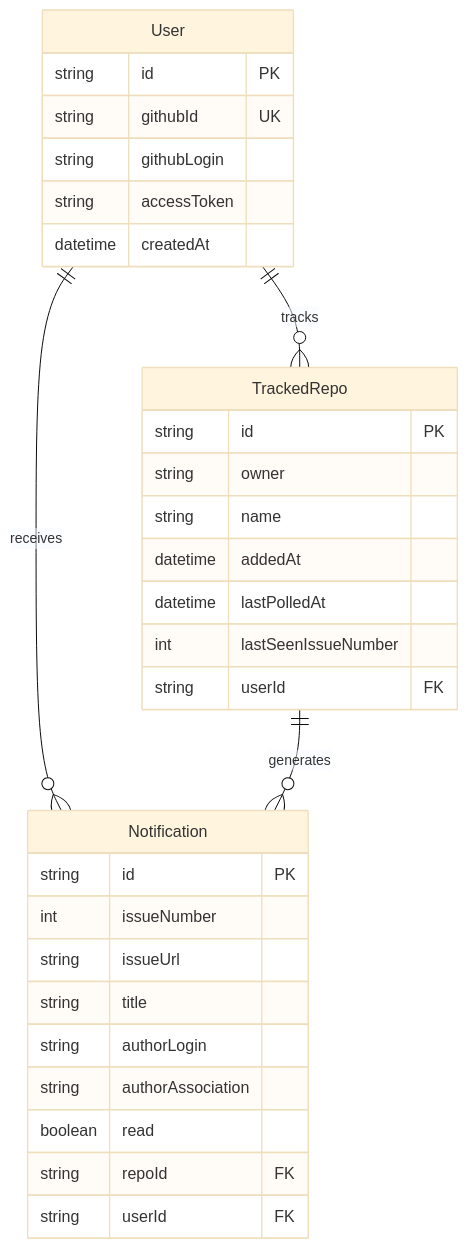
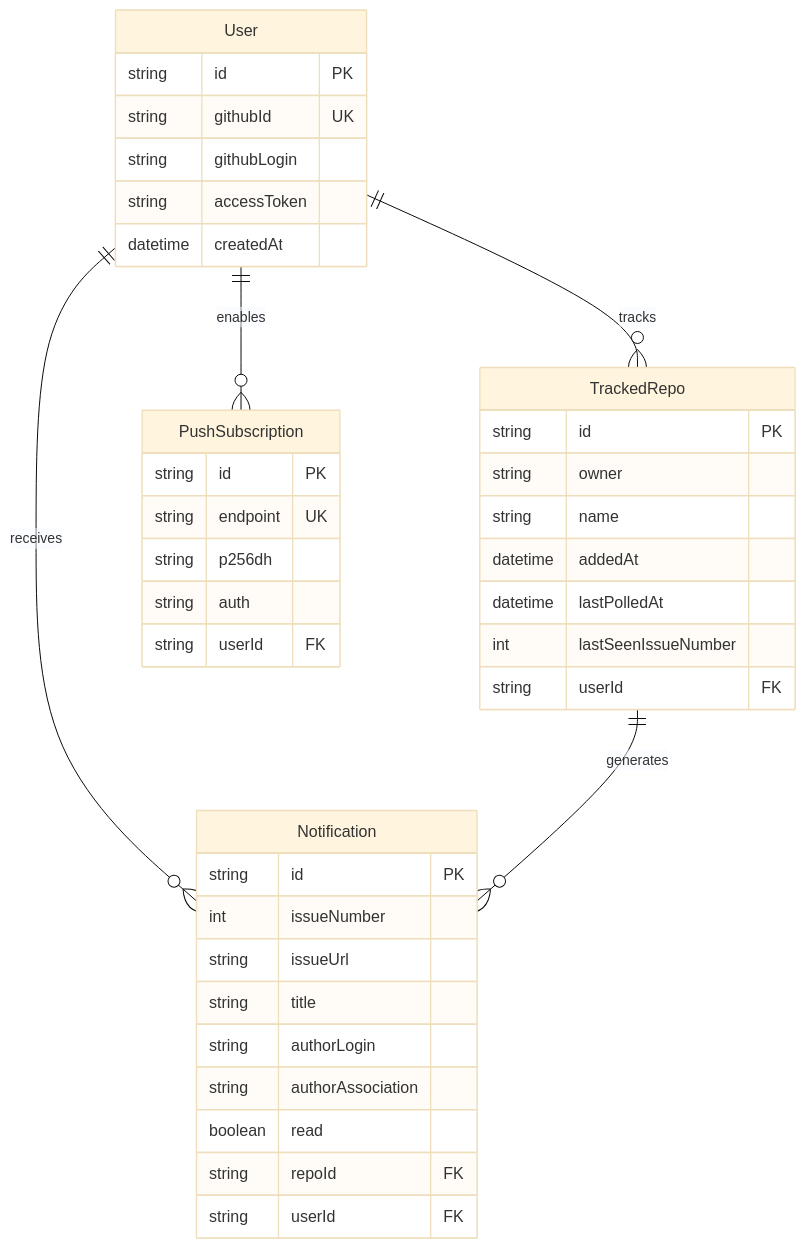
Before and after one commit to AgrimTawani/oss-manager: the third of 8 diagrams in docs/architecture.md, drawn with Mermaid (base theme). The commit also changed other lines of this file and 15 other files, not shown here.

````diff
--- a/docs/architecture.md
+++ b/docs/architecture.md
@@ -103,36 +103,45 @@
 ```mermaid
 erDiagram
   User ||--o{ TrackedRepo : tracks
   User ||--o{ Notification : receives
+  User ||--o{ PushSubscription : enables
   TrackedRepo ||--o{ Notification : generates
 
   User {
     string id PK
     string githubId UK
     string githubLogin
     string accessToken
     datetime createdAt
   }
 
   TrackedRepo {
     string id PK
     string owner
     string name
     datetime addedAt
     datetime lastPolledAt
     int lastSeenIssueNumber
     string userId FK
   }
 
   Notification {
     string id PK
     int issueNumber
     string issueUrl
     string title
     string authorLogin
     string authorAssociation
     boolean read
     string repoId FK
     string userId FK
   }
+
+  PushSubscription {
+    string id PK
+    string endpoint UK
+    string p256dh
+    string auth
+    string userId FK
+  }
 ```
````
